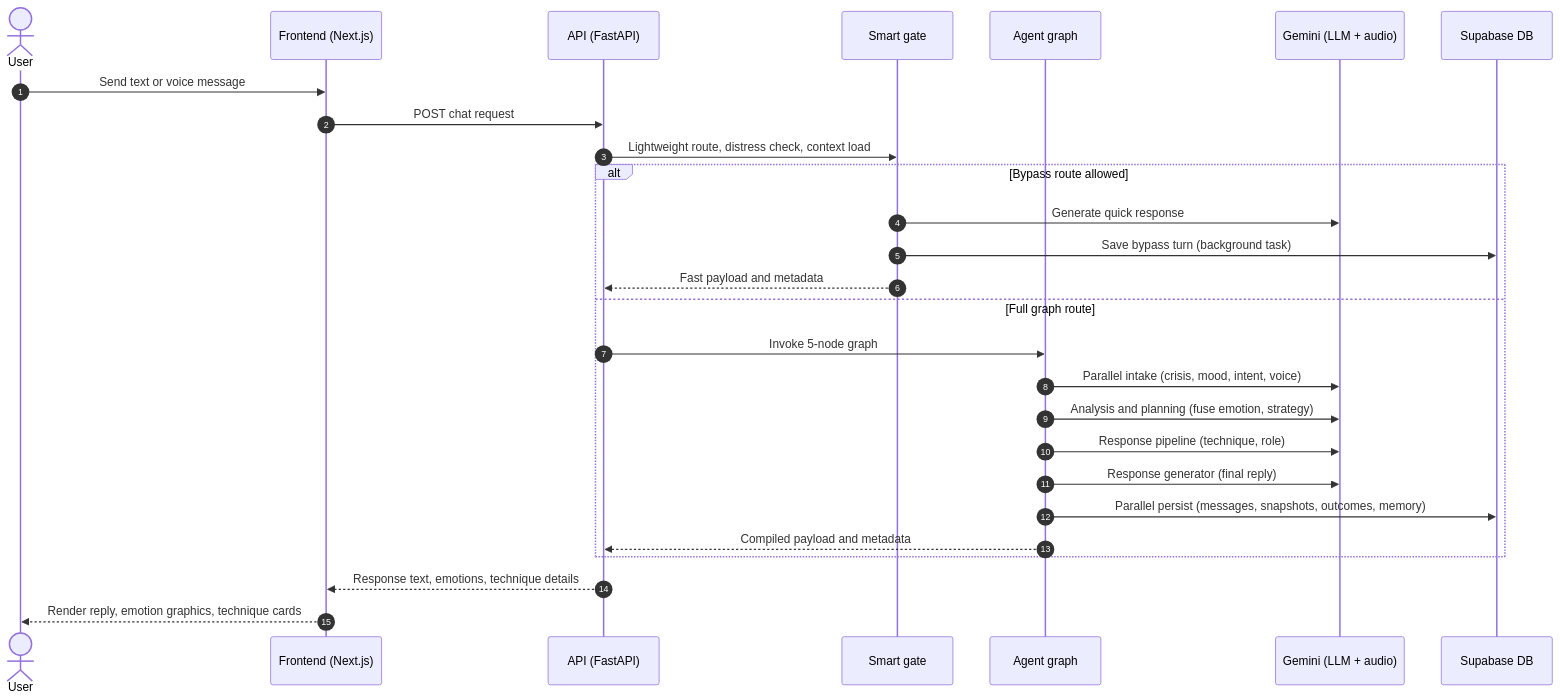
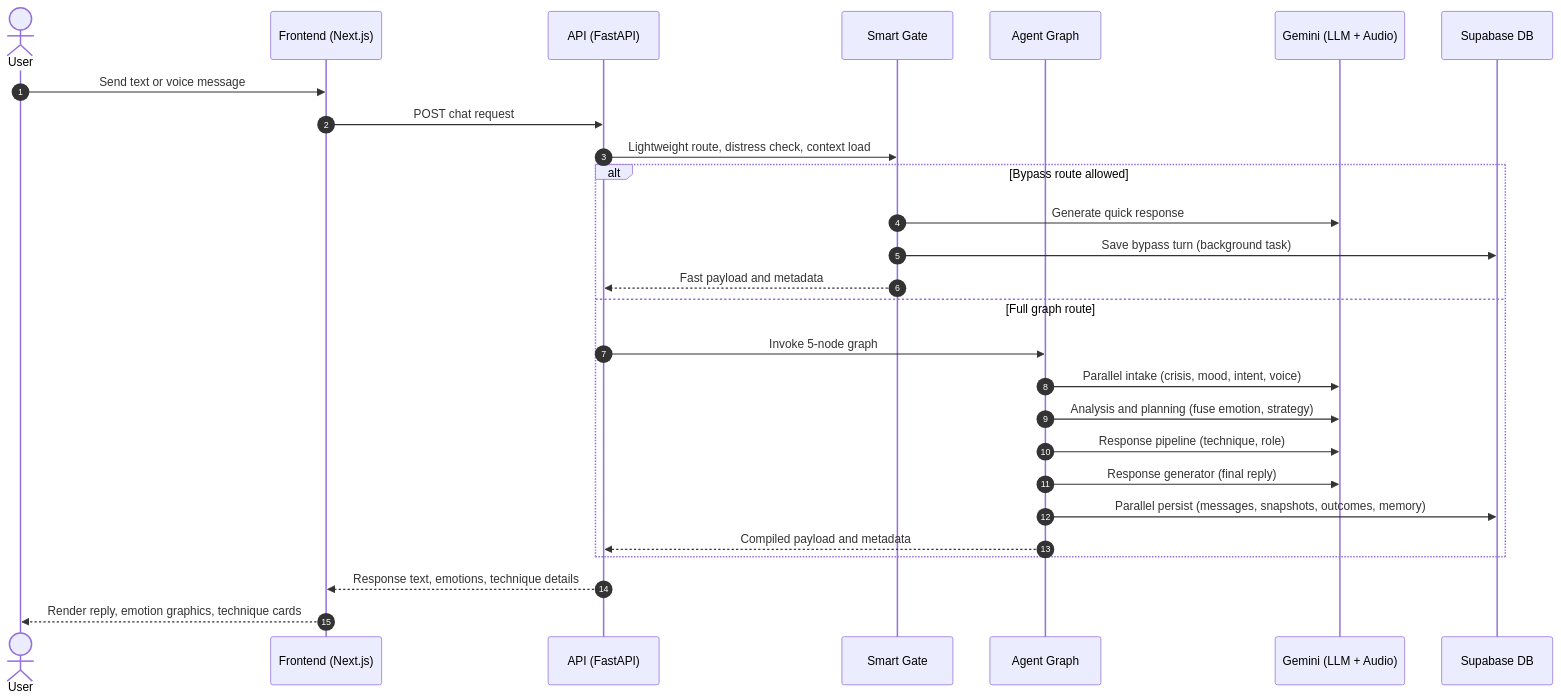
One commit to taha-mehmood-03/Personlaized-Trainer-Using-Agentic-AI changed the second of 18 diagrams in README.md. Above: the diagram before and after it, drawn with Mermaid. The commit also changed other lines of this file, not shown here.

````diff
--- a/README.md
+++ b/README.md
@@ -191,30 +156,30 @@
 ```mermaid
 sequenceDiagram
     autonumber
     actor U as User
     participant F as Frontend (Next.js)
     participant A as API (FastAPI)
-    participant G as Smart gate
-    participant N as Agent graph
-    participant L as Gemini (LLM + audio)
+    participant G as Smart Gate
+    participant N as Agent Graph
+    participant L as Gemini (LLM + Audio)
     participant D as Supabase DB
 
     U->>F: Send text or voice message
     F->>A: POST chat request
     A->>G: Lightweight route, distress check, context load
     alt Bypass route allowed
         G->>L: Generate quick response
         G->>D: Save bypass turn (background task)
         G-->>A: Fast payload and metadata
     else Full graph route
         A->>N: Invoke 5-node graph
         N->>L: Parallel intake (crisis, mood, intent, voice)
         N->>L: Analysis and planning (fuse emotion, strategy)
         N->>L: Response pipeline (technique, role)
         N->>L: Response generator (final reply)
         N->>D: Parallel persist (messages, snapshots, outcomes, memory)
         N-->>A: Compiled payload and metadata
     end
     A-->>F: Response text, emotions, technique details
     F-->>U: Render reply, emotion graphics, technique cards
 ```
````
